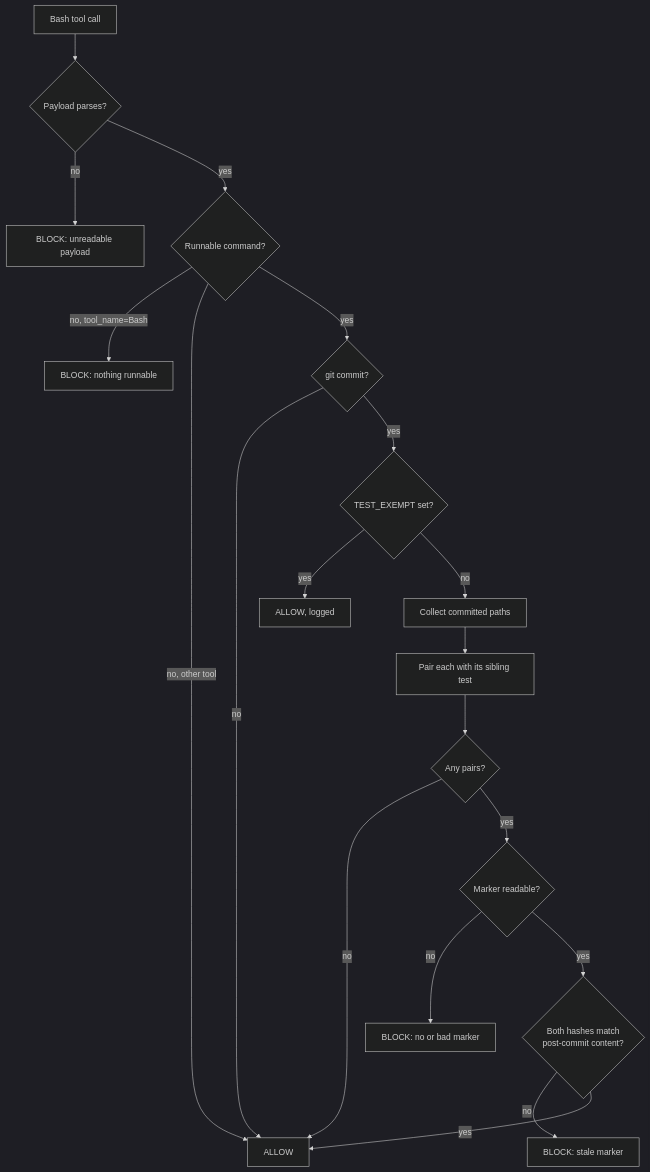
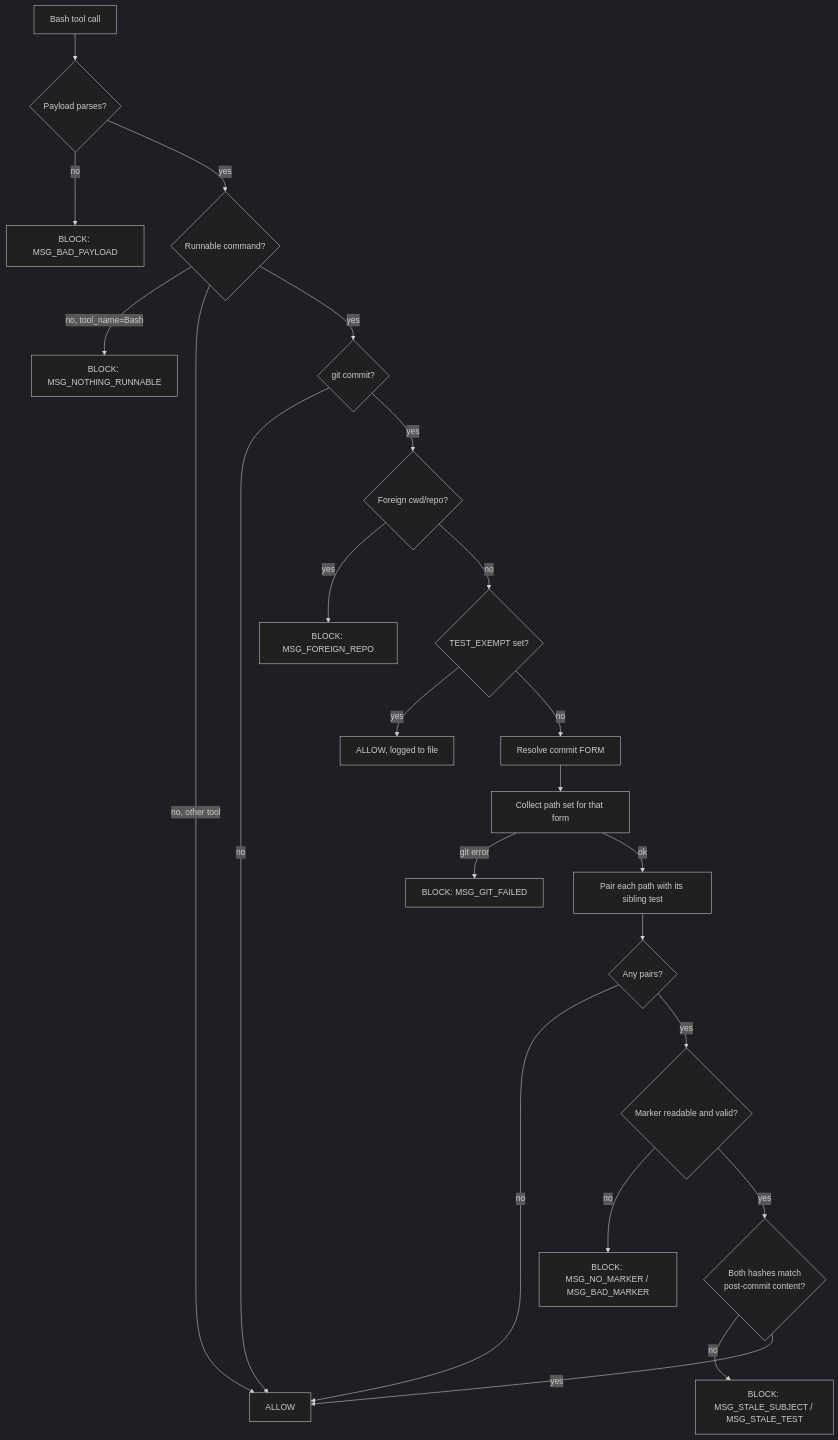
One commit to suyatdev/.claude changed the diagram in docs/features/verification-marker-gate.md. Above: the diagram before and after it, drawn with Mermaid (dark theme). The commit also changed other lines of this file and 1 other file, not shown here.

````diff
--- a/docs/features/verification-marker-gate.md
+++ b/docs/features/verification-marker-gate.md
@@ -12,21 +13,25 @@
 ```mermaid
 flowchart TD
     A[Bash tool call] --> B{Payload parses?}
-    B -- no --> X[BLOCK: unreadable payload]
+    B -- no --> X[BLOCK: MSG_BAD_PAYLOAD]
     B -- yes --> C{Runnable command?}
-    C -- "no, tool_name=Bash" --> Y[BLOCK: nothing runnable]
+    C -- "no, tool_name=Bash" --> Y[BLOCK: MSG_NOTHING_RUNNABLE]
     C -- "no, other tool" --> P[ALLOW]
     C -- yes --> D{git commit?}
     D -- no --> P
-    D -- yes --> E{TEST_EXEMPT set?}
-    E -- yes --> Q[ALLOW, logged]
-    E -- no --> F[Collect committed paths]
-    F --> G[Pair each with its sibling test]
-    G --> H{Any pairs?}
-    H -- no --> P
-    H -- yes --> I{Marker readable?}
-    I -- no --> Z[BLOCK: no or bad marker]
-    I -- yes --> J{Both hashes match<br/>post-commit content?}
-    J -- no --> W[BLOCK: stale marker]
-    J -- yes --> P
+    D -- yes --> E{Foreign cwd/repo?}
+    E -- yes --> V[BLOCK: MSG_FOREIGN_REPO]
+    E -- no --> F{TEST_EXEMPT set?}
+    F -- yes --> Q[ALLOW, logged to file]
+    F -- no --> G[Resolve commit FORM]
+    G --> H[Collect path set for that form]
+    H -- git error --> U[BLOCK: MSG_GIT_FAILED]
+    H -- ok --> I[Pair each path with its sibling test]
+    I --> J{Any pairs?}
+    J -- no --> P
+    J -- yes --> K{Marker readable and valid?}
+    K -- no --> Z[BLOCK: MSG_NO_MARKER / MSG_BAD_MARKER]
+    K -- yes --> L{Both hashes match<br/>post-commit content?}
+    L -- no --> W[BLOCK: MSG_STALE_SUBJECT / MSG_STALE_TEST]
+    L -- yes --> P
 ```
````
